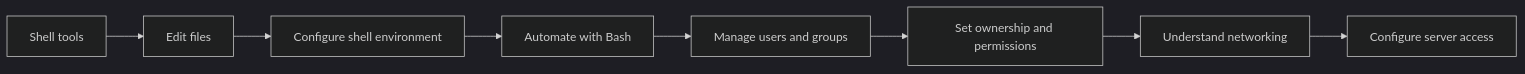
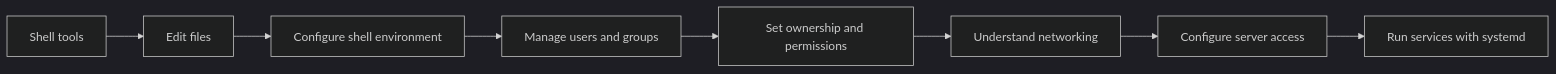
One commit to RyanM-Dev/My-Summery changed the diagram in DevOps/NaNa/Linux/0. Linux Learning Path.md. Above: the diagram before and after it, drawn with Mermaid (dark theme). The commit also changed other lines of this file and 16 other files, not shown here.

````diff
--- a/DevOps/NaNa/Linux/0. Linux Learning Path.md
+++ b/DevOps/NaNa/Linux/0. Linux Learning Path.md
@@ -27,10 +27,10 @@
 ```mermaid
 flowchart LR
     A[Shell tools] --> B[Edit files]
     B --> C[Configure shell environment]
-    C --> S[Automate with Bash]
-    S --> D[Manage users and groups]
+    C --> D[Manage users and groups]
     D --> E[Set ownership and permissions]
     E --> F[Understand networking]
     F --> G[Configure server access]
+    G --> H[Run services with systemd]
 ```
````
